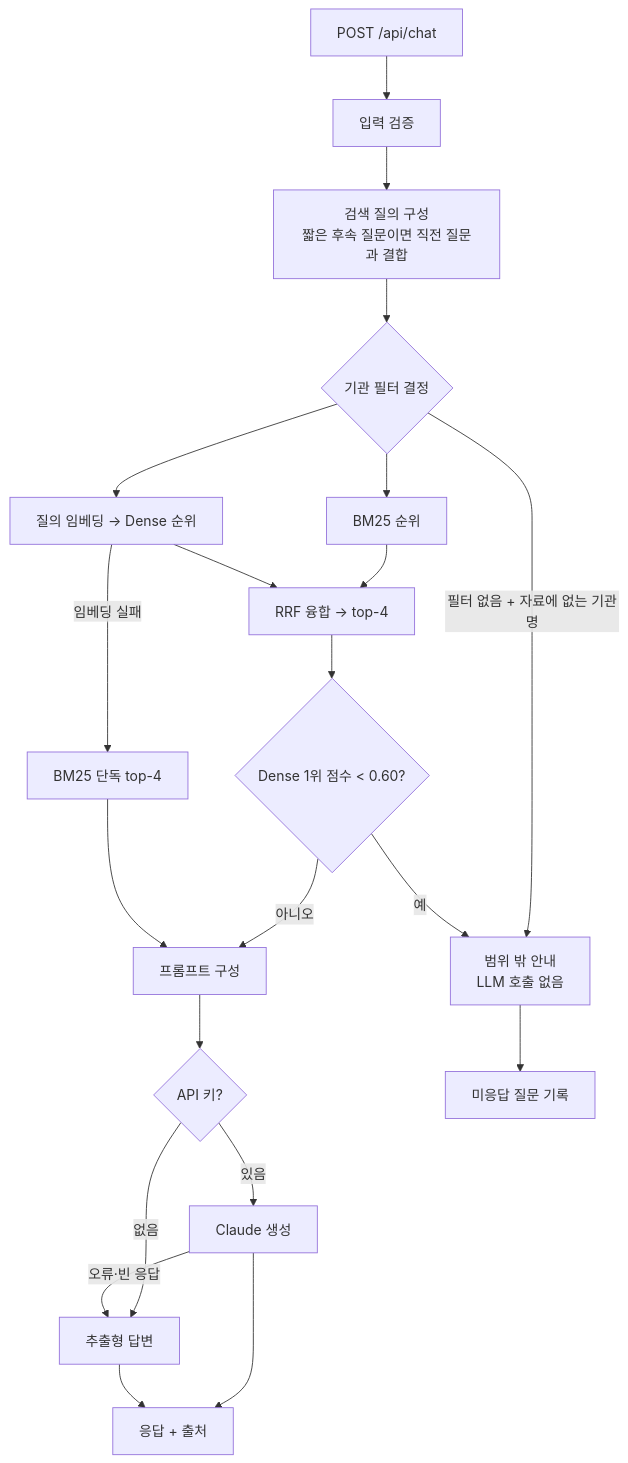
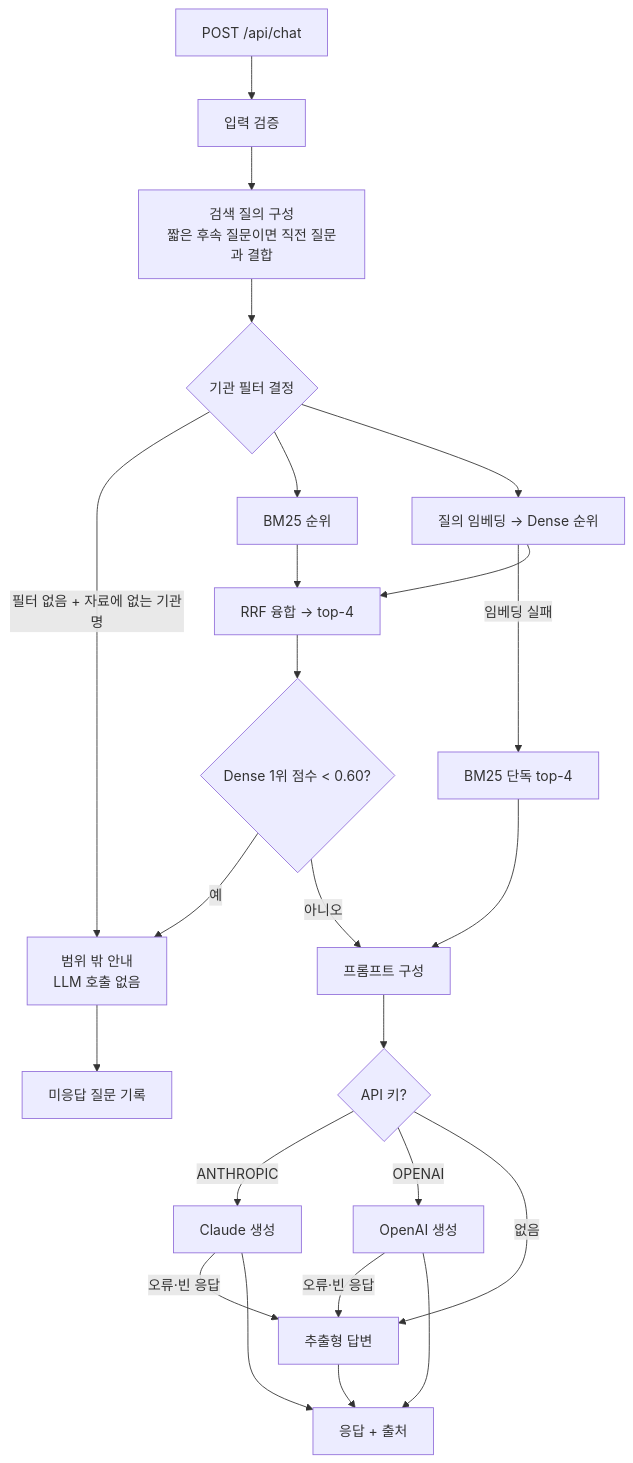
The second of 2 diagrams in docs/RAG_SPEC.md (NACUFOK2/Airplane_dev), drawn with Mermaid before and after one commit. The commit also changed other lines of this file and 16 other files, not shown here.

````diff
--- a/docs/RAG_SPEC.md
+++ b/docs/RAG_SPEC.md
@@ -72,23 +72,26 @@
 ```mermaid
 flowchart TD
     A[POST /api/chat] --> B[입력 검증]
     B --> C[검색 질의 구성<br/>짧은 후속 질문이면 직전 질문과 결합]
     C --> D{기관 필터 결정}
     D -->|필터 없음 + 자료에 없는 기관명| X[범위 밖 안내<br/>LLM 호출 없음]
     D --> E[BM25 순위]
     D --> F[질의 임베딩 → Dense 순위]
     F -->|임베딩 실패| G[BM25 단독 top-4]
     E --> H[RRF 융합 → top-4]
     F --> H
     H --> I{Dense 1위 점수 < 0.60?}
     I -->|예| X
     I -->|아니오| J[프롬프트 구성]
     G --> J
     J --> K{API 키?}
-    K -->|있음| L[Claude 생성]
+    K -->|ANTHROPIC| L[Claude 생성]
+    K -->|OPENAI| L2[OpenAI 생성]
     K -->|없음| M[추출형 답변]
+    L2 -->|오류·빈 응답| M
+    L2 --> R
     L -->|오류·빈 응답| M
     L --> R[응답 + 출처]
     M --> R
     X --> Q[미응답 질문 기록]
 ```
````
